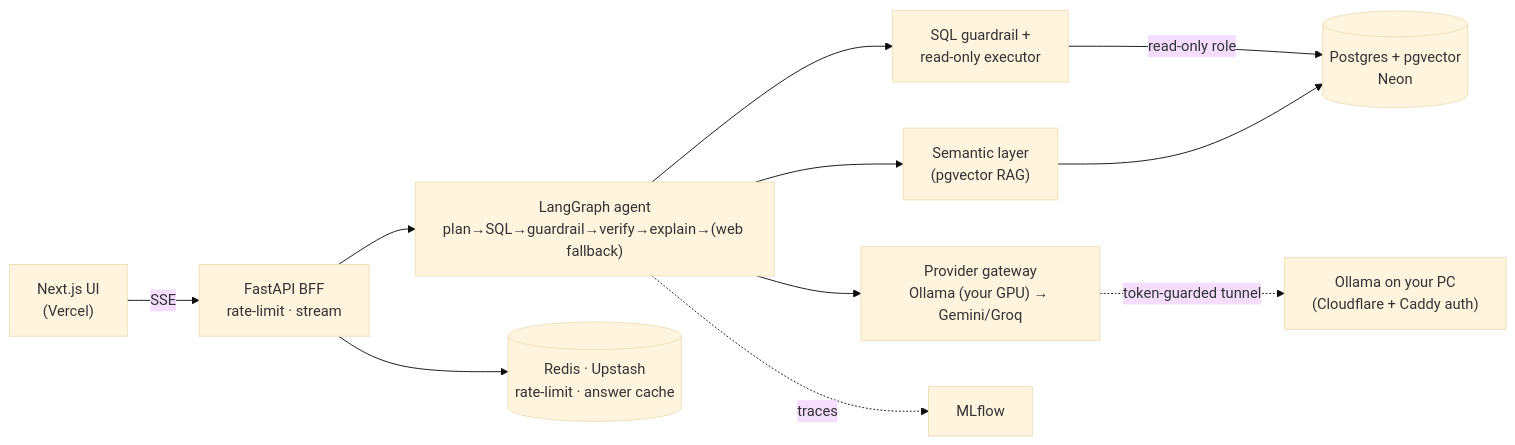
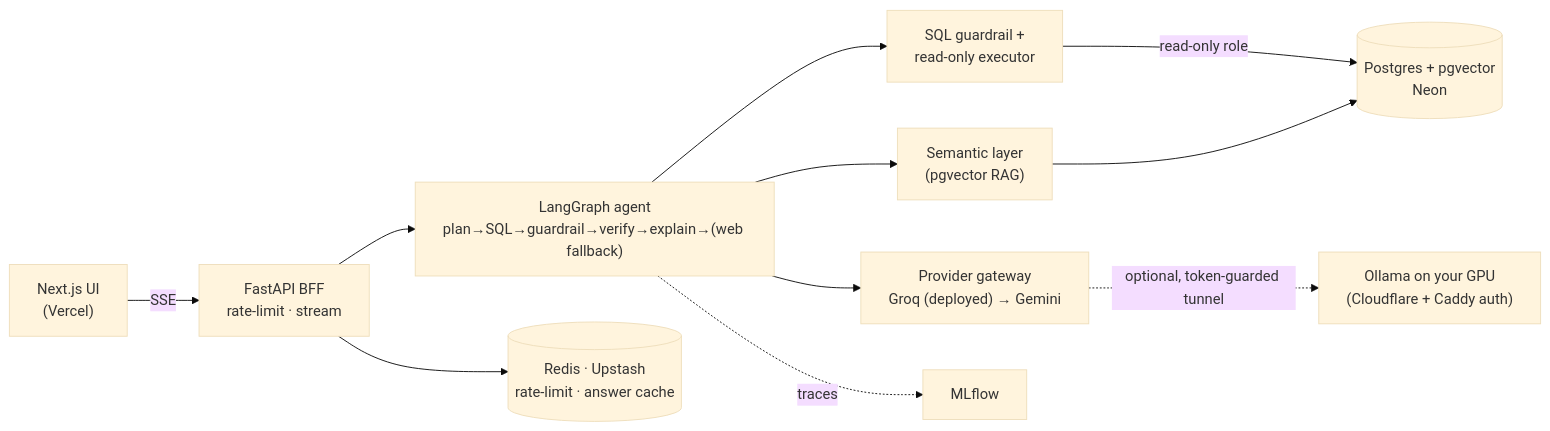
One commit to sahil7359/DataChat changed the diagram in README.md. Above: the diagram before and after it, drawn with Mermaid (base theme). The commit also changed other lines of this file and 2 other files, not shown here.

````diff
--- a/README.md
+++ b/README.md
@@ -94,13 +96,13 @@
 ```mermaid
 flowchart LR
   UI["Next.js UI<br/>(Vercel)"] -->|SSE| BFF["FastAPI BFF<br/>rate-limit · stream"]
   BFF --> AGENT["LangGraph agent<br/>plan→SQL→guardrail→verify→explain→(web fallback)"]
   AGENT --> SEM["Semantic layer<br/>(pgvector RAG)"]
   AGENT --> GUARD["SQL guardrail +<br/>read-only executor"]
-  AGENT --> LLM["Provider gateway<br/>Ollama (your GPU) → Gemini/Groq"]
-  LLM -.->|token-guarded tunnel| OLL["Ollama on your PC<br/>(Cloudflare + Caddy auth)"]
+  AGENT --> LLM["Provider gateway<br/>Groq (deployed) → Gemini"]
+  LLM -.->|optional, token-guarded tunnel| OLL["Ollama on your GPU<br/>(Cloudflare + Caddy auth)"]
   GUARD -->|read-only role| PG[("Postgres + pgvector<br/>Neon")]
   SEM --> PG
   BFF --> REDIS[("Redis · Upstash<br/>rate-limit · answer cache")]
   AGENT -. traces .-> MLF["MLflow"]
 ```
````
